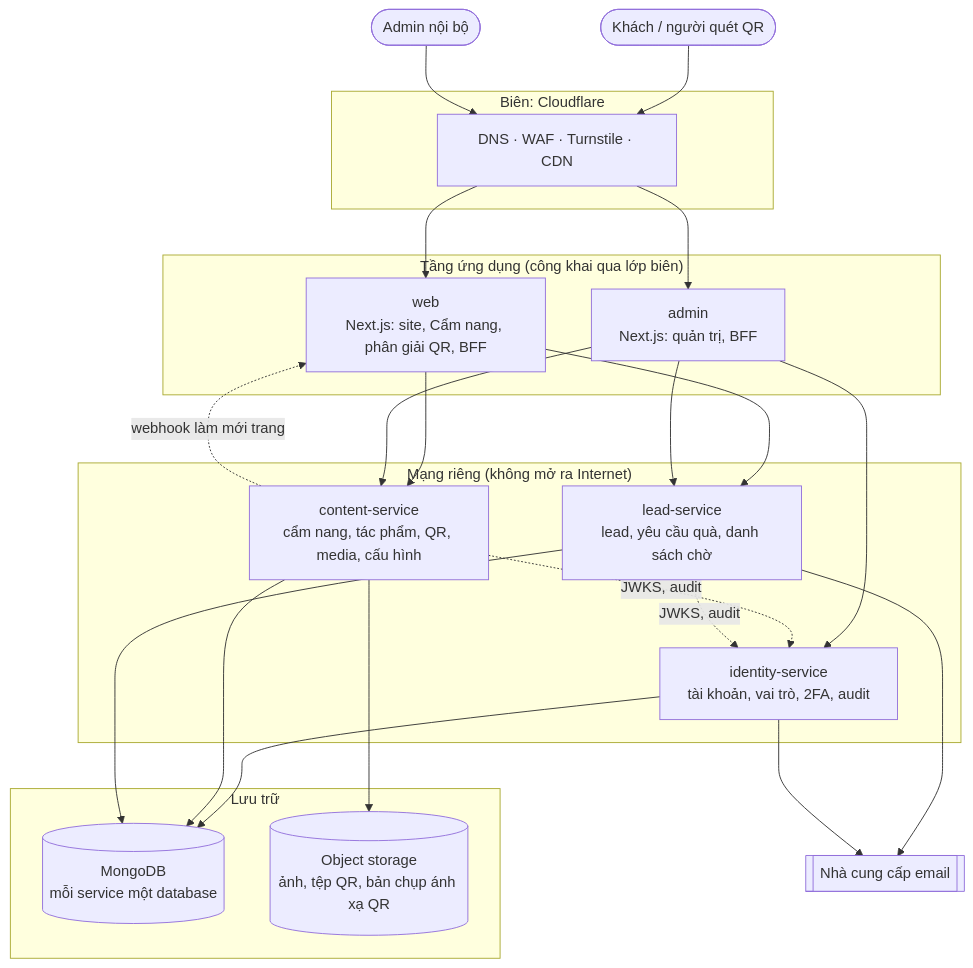
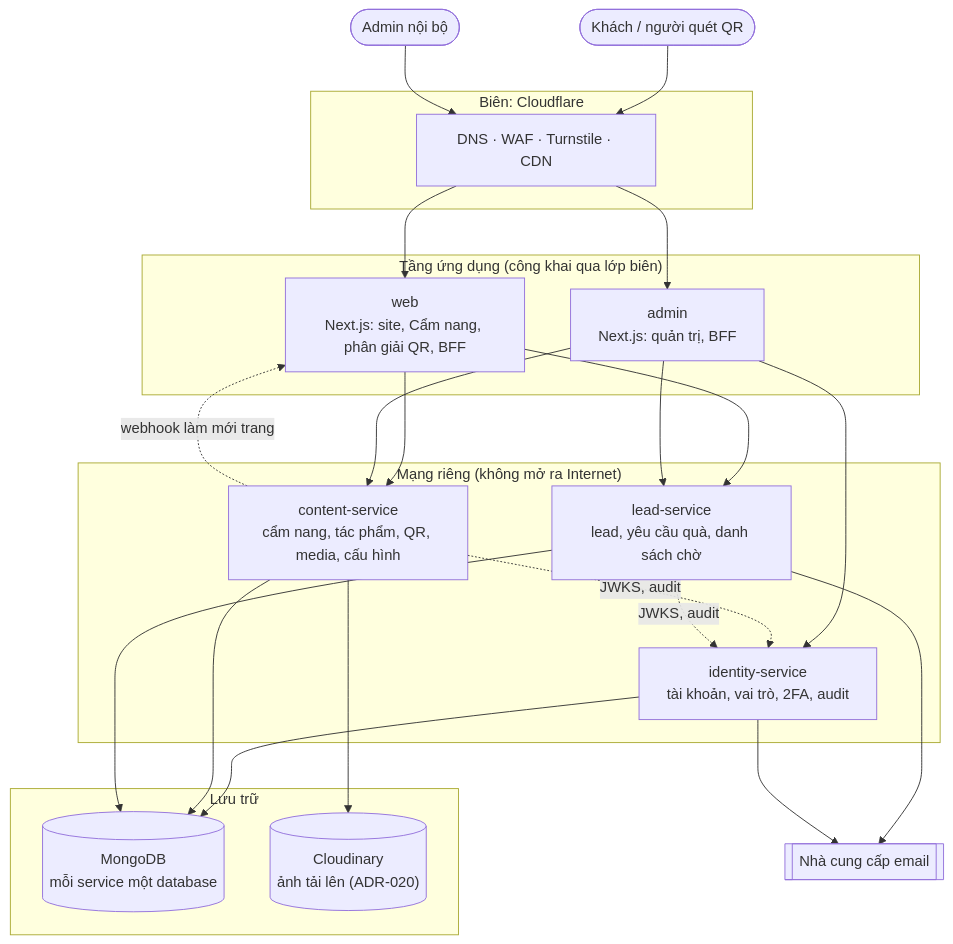
Before and after one commit to vctrong/lavieco: the first of 7 diagrams in docs/02-kien-truc.md, drawn with Mermaid. The commit also changed other lines of this file and 12 other files, not shown here.

First line of the commit message:
docs: record cloudinary media decision (ADR-020), drop minio, isolate dev databases

````diff
--- a/docs/02-kien-truc.md
+++ b/docs/02-kien-truc.md
@@ -95,49 +95,49 @@
 ```mermaid
 flowchart TB
   guest(["Khách / người quét QR"])
   staff(["Admin nội bộ"])
 
   subgraph edge["Biên: Cloudflare"]
     cf["DNS · WAF · Turnstile · CDN"]
   end
 
   subgraph apps["Tầng ứng dụng (công khai qua lớp biên)"]
     web["web<br/>Next.js: site, Cẩm nang, phân giải QR, BFF"]
     adm["admin<br/>Next.js: quản trị, BFF"]
   end
 
   subgraph priv["Mạng riêng (không mở ra Internet)"]
     idn["identity-service<br/>tài khoản, vai trò, 2FA, audit"]
     cnt["content-service<br/>cẩm nang, tác phẩm, QR, media, cấu hình"]
     led["lead-service<br/>lead, yêu cầu quà, danh sách chờ"]
   end
 
   subgraph data["Lưu trữ"]
     mdb[("MongoDB<br/>mỗi service một database")]
-    obj[("Object storage<br/>ảnh, tệp QR, bản chụp ánh xạ QR")]
+    obj[("Cloudinary<br/>ảnh tải lên (ADR-020)")]
   end
 
   mail[["Nhà cung cấp email"]]
 
   guest --> cf
   staff --> cf
   cf --> web
   cf --> adm
 
   web --> cnt
   web --> led
   adm --> idn
   adm --> cnt
   adm --> led
 
   cnt -. "JWKS, audit" .-> idn
   led -. "JWKS, audit" .-> idn
   cnt -. "webhook làm mới trang" .-> web
 
   idn --> mdb
   cnt --> mdb
   led --> mdb
   cnt --> obj
   led --> mail
   idn --> mail
 ```
````
